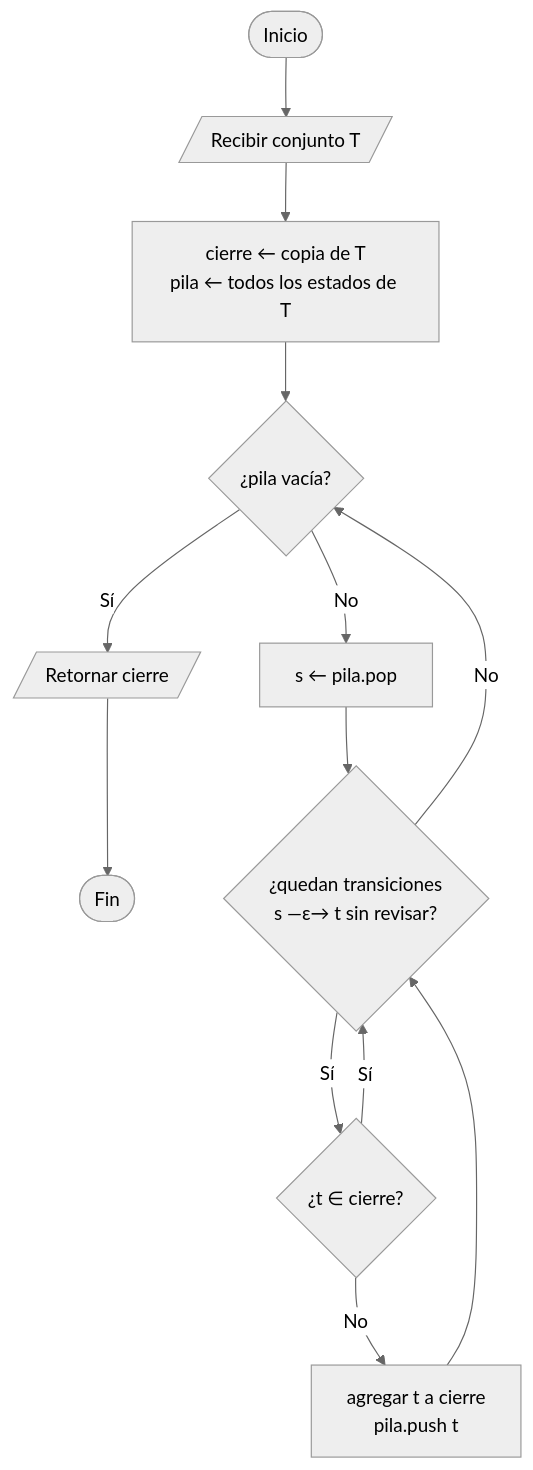
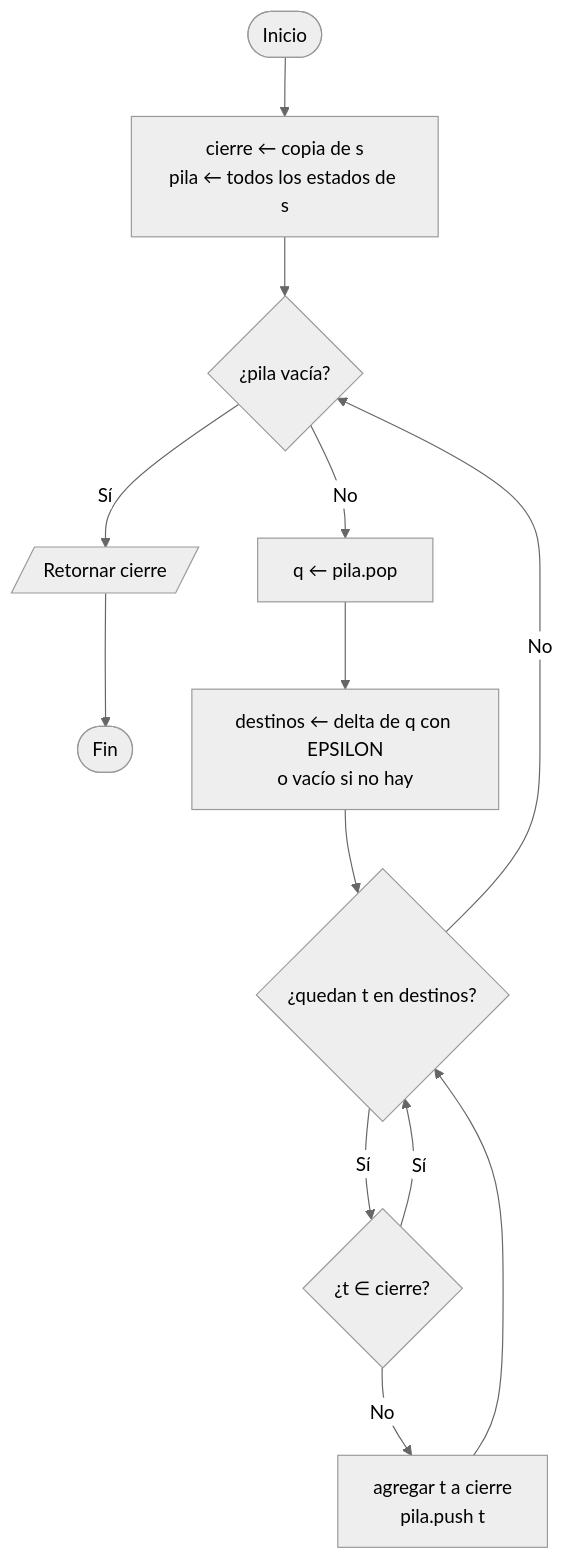
One commit to Leosanlo30/RegEx-to-DFA-Visualizer changed the first of 3 diagrams in docs/diagramas/04-subconjuntos.md. Above: the diagram before and after it, drawn with Mermaid (neutral theme). The commit also changed other lines of this file and 10 other files, not shown here.

Commit message:
docs: alinear diagramas de flujo con UML.md y REQUIREMENTS.md

````diff
--- a/docs/diagramas/04-subconjuntos.md
+++ b/docs/diagramas/04-subconjuntos.md
@@ -10,15 +10,15 @@
 ```mermaid
 flowchart TD
-    A([Inicio]) --> B[/Recibir conjunto T/]
-    B --> C[cierre ← copia de T<br/>pila ← todos los estados de T]
-    C --> D{¿pila vacía?}
-    D -- Sí --> R[/Retornar cierre/]
+    A([Inicio]) --> B[cierre ← copia de s<br/>pila ← todos los estados de s]
+    B --> C{¿pila vacía?}
+    C -- Sí --> R[/Retornar cierre/]
     R --> Z([Fin])
-    D -- No --> E[s ← pila.pop]
-    E --> F{¿quedan transiciones<br/>s —ε→ t sin revisar?}
-    F -- No --> D
+    C -- No --> D[q ← pila.pop]
+    D --> E[destinos ← delta de q con EPSILON<br/>o vacío si no hay]
+    E --> F{¿quedan t en destinos?}
+    F -- No --> C
     F -- Sí --> G{¿t ∈ cierre?}
     G -- Sí --> F
     G -- No --> H[agregar t a cierre<br/>pila.push t]
     H --> F
 ```
````
